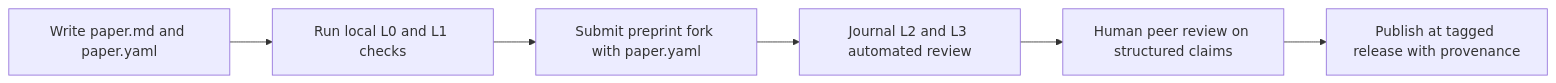
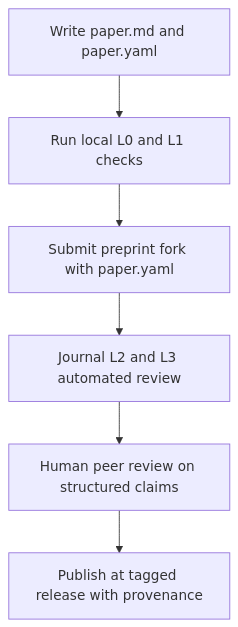
The second of 2 diagrams in r13-paper-as-specification/paper.md (spectralbranding/sbt-papers), drawn with Mermaid before and after one commit. The commit also changed other lines of this file and 13 other files, not shown here.

````diff
--- a/r13-paper-as-specification/paper.md
+++ b/r13-paper-as-specification/paper.md
@@ -453,14 +483,14 @@
 ```mermaid
-flowchart LR
+flowchart TD
     A[Write paper.md and paper.yaml]
     B[Run local L0 and L1 checks]
     C[Submit preprint fork with paper.yaml]
     D[Journal L2 and L3 automated review]
     E[Human peer review on structured claims]
     F[Publish at tagged release with provenance]
     A --> B
     B --> C
     C --> D
     D --> E
     E --> F
 ```
````
